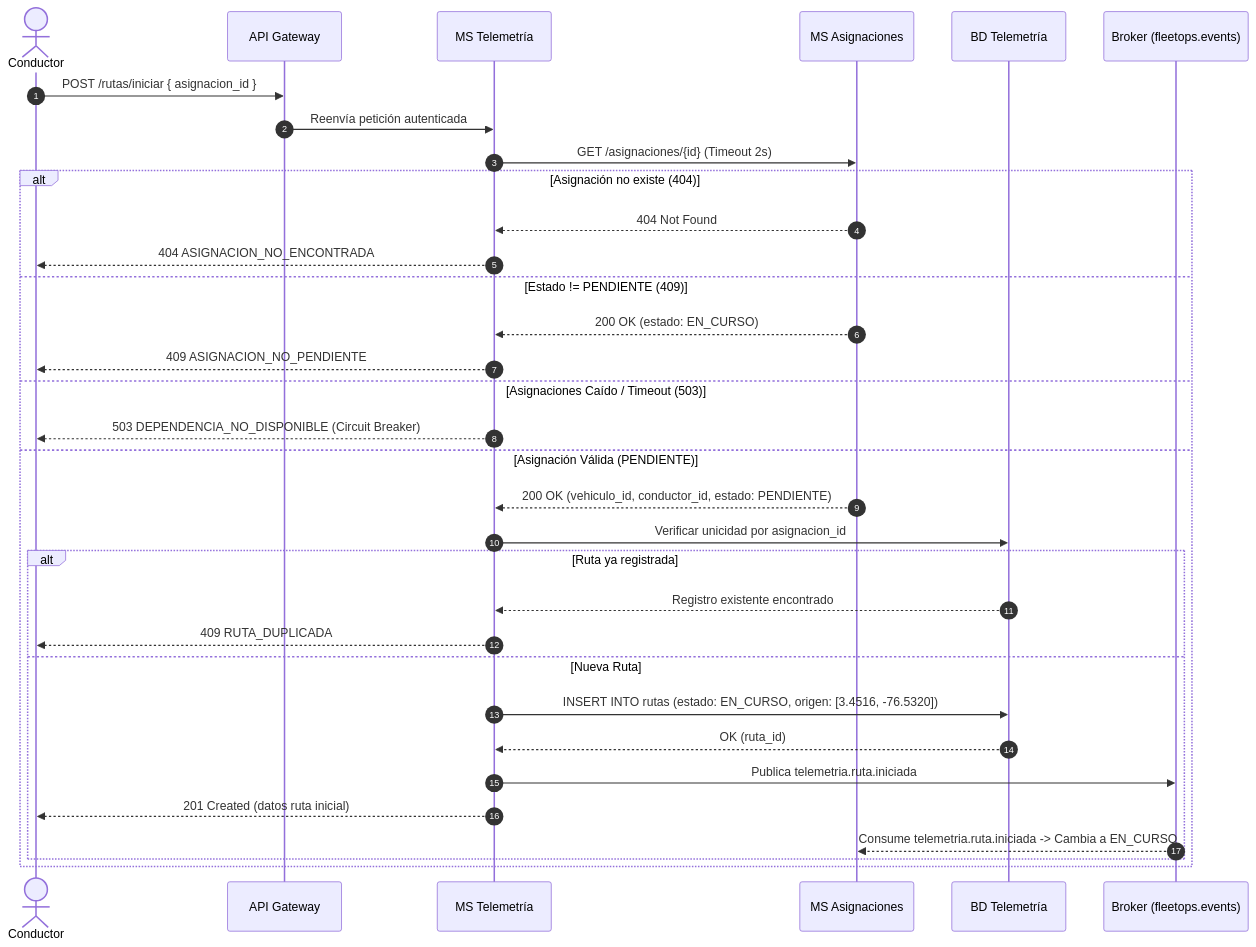
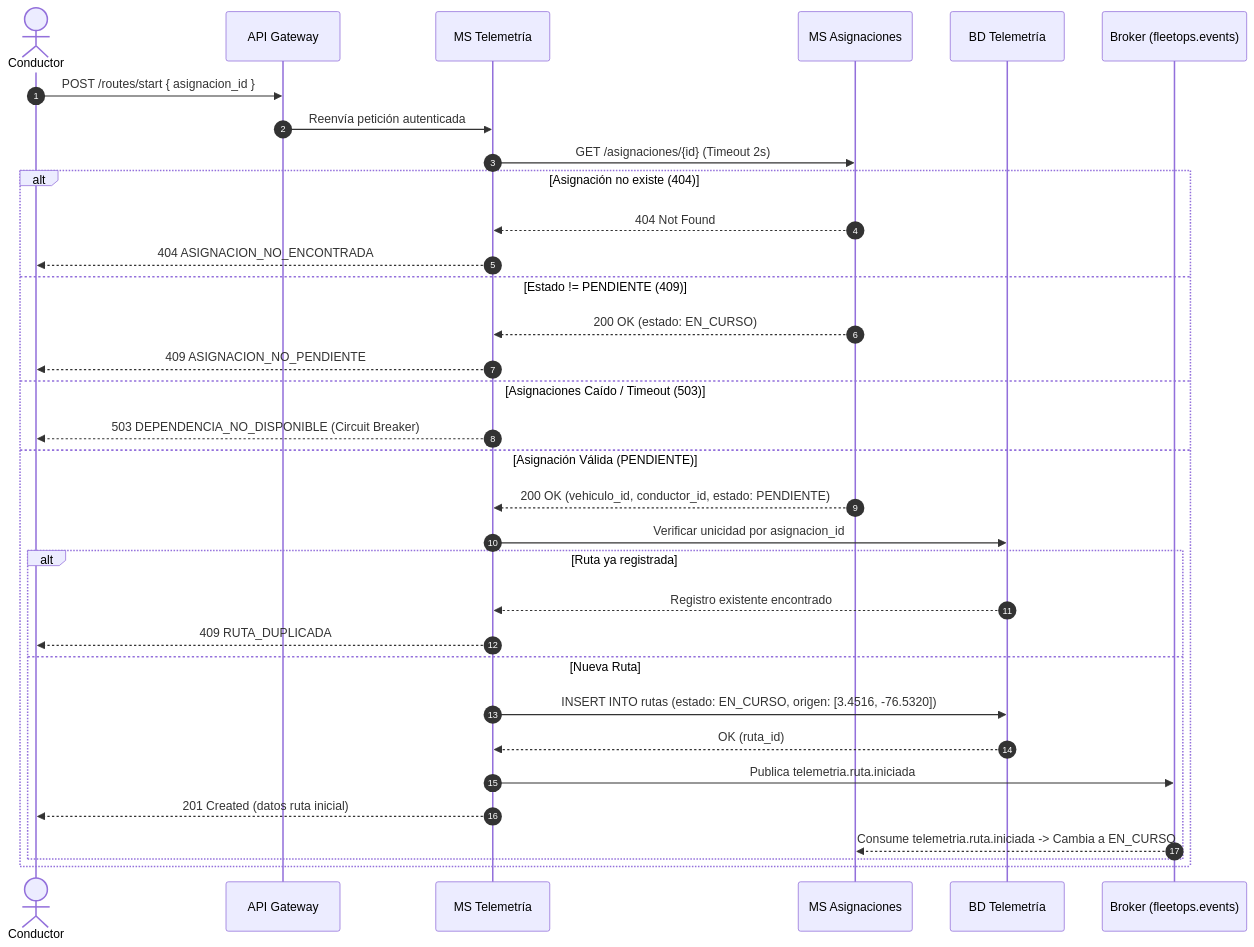
The second of 2 diagrams in docs/01_contexto_y_negocio.md (FleetOpsProyect/grupo_06_Telemetria), drawn with Mermaid before and after one commit. The commit also changed other lines of this file and 9 other files, not shown here.

````diff
--- a/docs/01_contexto_y_negocio.md
+++ b/docs/01_contexto_y_negocio.md
@@ -122,36 +122,36 @@
 ```mermaid
 sequenceDiagram
     autonumber
     actor Conductor
     participant GW as API Gateway
     participant Telemetria as MS Telemetría
     participant Asignaciones as MS Asignaciones
     participant BD as BD Telemetría
     participant RabbitMQ as Broker (fleetops.events)
 
-    Conductor->>GW: POST /rutas/iniciar { asignacion_id }
+    Conductor->>GW: POST /routes/start { asignacion_id }
     GW->>Telemetria: Reenvía petición autenticada
     Telemetria->>Asignaciones: GET /asignaciones/{id} (Timeout 2s)
     alt Asignación no existe (404)
         Asignaciones-->>Telemetria: 404 Not Found
         Telemetria-->>Conductor: 404 ASIGNACION_NO_ENCONTRADA
     else Estado != PENDIENTE (409)
         Asignaciones-->>Telemetria: 200 OK (estado: EN_CURSO)
         Telemetria-->>Conductor: 409 ASIGNACION_NO_PENDIENTE
     else Asignaciones Caído / Timeout (503)
         Telemetria-->>Conductor: 503 DEPENDENCIA_NO_DISPONIBLE (Circuit Breaker)
     else Asignación Válida (PENDIENTE)
         Asignaciones-->>Telemetria: 200 OK (vehiculo_id, conductor_id, estado: PENDIENTE)
         Telemetria->>BD: Verificar unicidad por asignacion_id
         alt Ruta ya registrada
             BD-->>Telemetria: Registro existente encontrado
             Telemetria-->>Conductor: 409 RUTA_DUPLICADA
         else Nueva Ruta
             Telemetria->>BD: INSERT INTO rutas (estado: EN_CURSO, origen: [3.4516, -76.5320])
             BD-->>Telemetria: OK (ruta_id)
             Telemetria->>RabbitMQ: Publica telemetria.ruta.iniciada
             Telemetria-->>Conductor: 201 Created (datos ruta inicial)
             RabbitMQ-->>Asignaciones: Consume telemetria.ruta.iniciada -> Cambia a EN_CURSO
         end
     end
 ```
````
